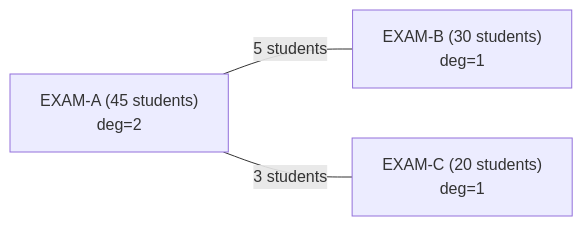
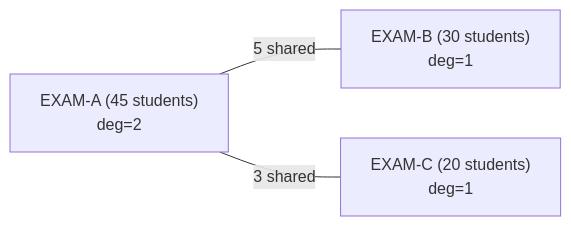
The second of 5 diagrams in docs/scheduling_algorithm.md (bogavivek15/ExamOps), drawn with Mermaid before and after one commit. The commit also changed other lines of this file and 25 other files, not shown here.

Commit message:
feat(phase-0): finalize architecture contracts, reconcile 26 entities, and establish autopilot memory

````diff
--- a/docs/scheduling_algorithm.md
+++ b/docs/scheduling_algorithm.md
@@ -374,5 +432,5 @@
 ```mermaid
 graph LR
-    A["EXAM-A (45 students)<br/>deg=2"] ---|5 students| B["EXAM-B (30 students)<br/>deg=1"]
-    A ---|3 students| C["EXAM-C (20 students)<br/>deg=1"]
+    A["EXAM-A (45 students)<br/>deg=2"] ---|5 shared| B["EXAM-B (30 students)<br/>deg=1"]
+    A ---|3 shared| C["EXAM-C (20 students)<br/>deg=1"]
 ```
````
